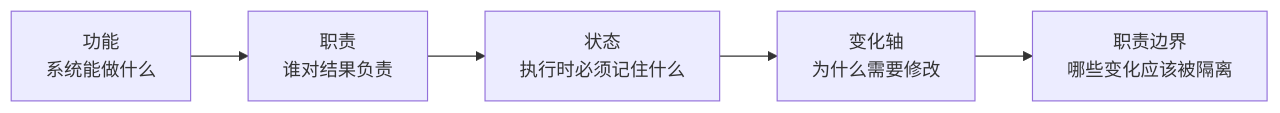
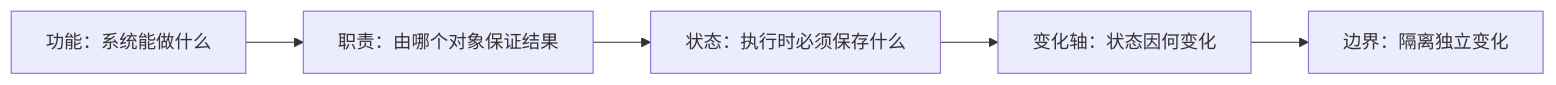
The second of 20 diagrams in course/DAY01_EVOLUTION_PROBLEM_MAP.md (wjy801/llm_api_case), drawn with Mermaid before and after one commit. The commit also changed other lines of this file, not shown here.

````diff
--- a/course/DAY01_EVOLUTION_PROBLEM_MAP.md
+++ b/course/DAY01_EVOLUTION_PROBLEM_MAP.md
@@ -53,7 +59,7 @@
 ```mermaid
 flowchart LR
-    F[功能<br/>系统能做什么] --> R[职责<br/>谁对结果负责]
-    R --> S[状态<br/>执行时必须记住什么]
-    S --> C[变化轴<br/>为什么需要修改]
-    C --> B[职责边界<br/>哪些变化应该被隔离]
+    A["功能：系统能做什么"] --> B["职责：由哪个对象保证结果"]
+    B --> C["状态：执行时必须保存什么"]
+    C --> D["变化轴：状态因何变化"]
+    D --> E["边界：隔离独立变化"]
 ```
````
